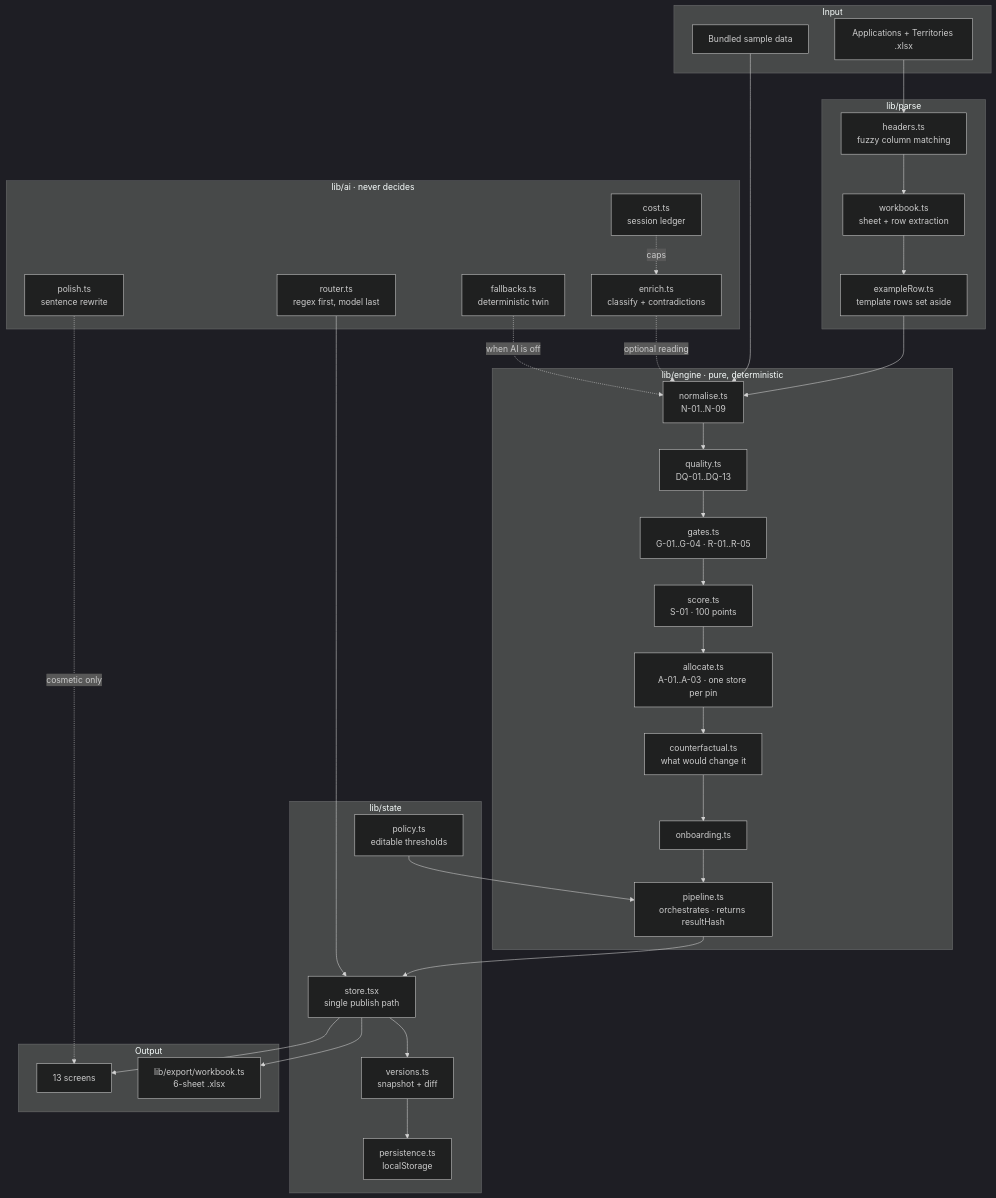
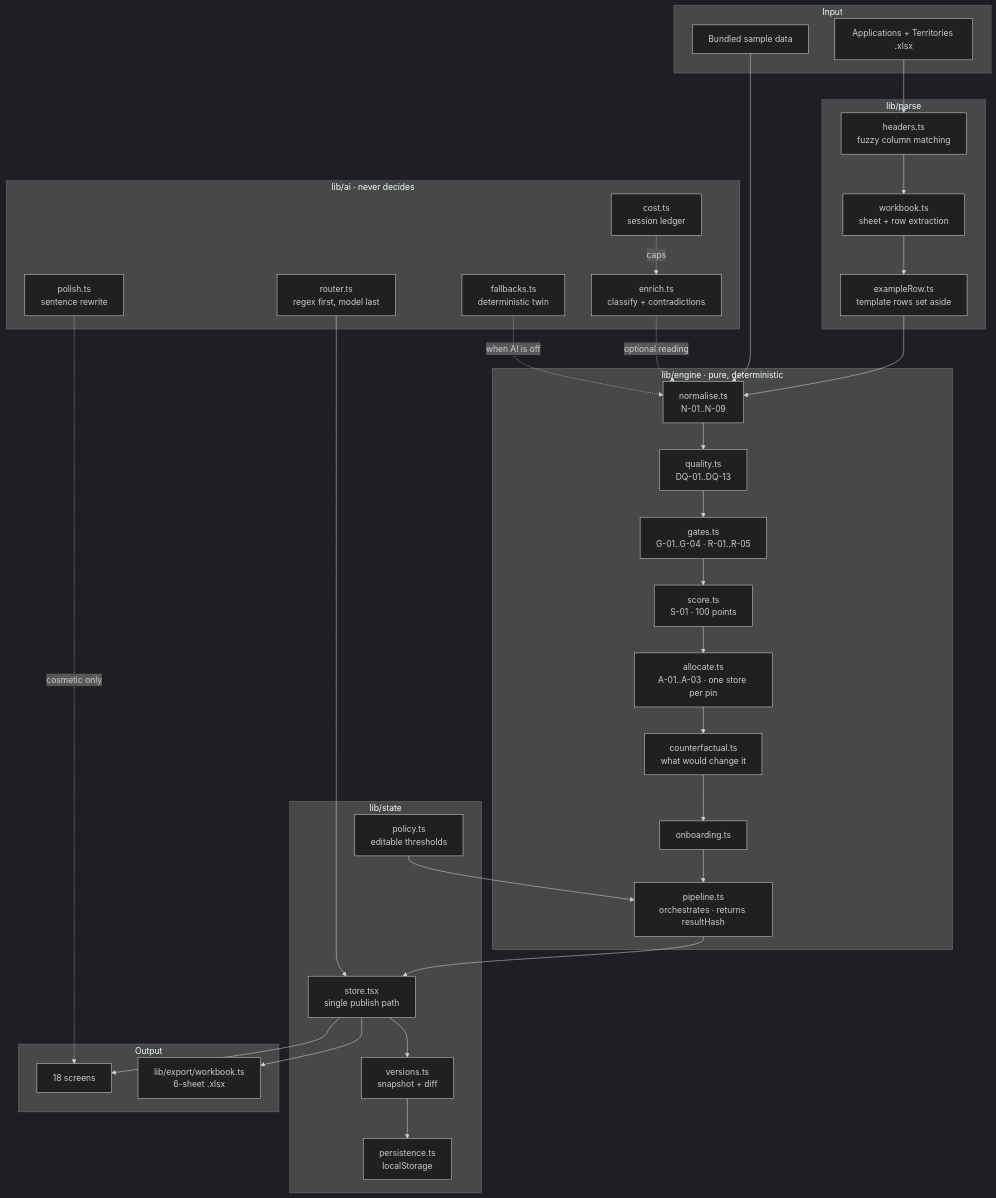
The diagram in README.md (aayushtopiwala3-byte/launchpad-franchise-engine), drawn with Mermaid (dark theme) before and after one commit. The commit also changed other lines of this file, not shown here.

````diff
--- a/README.md
+++ b/README.md
@@ -74,58 +84,58 @@
 ```mermaid
 flowchart TD
     subgraph Input
         XLSX[Applications + Territories .xlsx]
         SEED[Bundled sample data]
     end
 
     subgraph Parse [lib/parse]
         HEAD[headers.ts<br/>fuzzy column matching]
         WB[workbook.ts<br/>sheet + row extraction]
         EX[exampleRow.ts<br/>template rows set aside]
     end
 
     subgraph Engine [lib/engine · pure, deterministic]
         NORM[normalise.ts<br/>N-01..N-09]
         QUAL[quality.ts<br/>DQ-01..DQ-13]
         GATE[gates.ts<br/>G-01..G-04 · R-01..R-05]
         SCORE[score.ts<br/>S-01 · 100 points]
         ALLOC[allocate.ts<br/>A-01..A-03 · one store per pin]
         CF[counterfactual.ts<br/>what would change it]
         ONB[onboarding.ts]
         PIPE[pipeline.ts<br/>orchestrates · returns resultHash]
     end
 
     subgraph AI [lib/ai · never decides]
         ENR[enrich.ts<br/>classify + contradictions]
         ROUTE[router.ts<br/>regex first, model last]
         POLISH[polish.ts<br/>sentence rewrite]
         FALL[fallbacks.ts<br/>deterministic twin]
         COST[cost.ts<br/>session ledger]
     end
 
     subgraph State [lib/state]
         STORE[store.tsx<br/>single publish path]
         VER[versions.ts<br/>snapshot + diff]
         PERS[persistence.ts<br/>localStorage]
         POL[policy.ts<br/>editable thresholds]
     end
 
     subgraph Out [Output]
-        UI[13 screens]
+        UI[18 screens]
         XOUT[lib/export/workbook.ts<br/>6-sheet .xlsx]
     end
 
     XLSX --> HEAD --> WB --> EX --> NORM
     SEED --> NORM
     NORM --> QUAL --> GATE --> SCORE --> ALLOC --> CF --> ONB --> PIPE
     ENR -.optional reading.-> NORM
     FALL -.when AI is off.-> NORM
     PIPE --> STORE
     POL --> PIPE
     STORE --> VER --> PERS
     STORE --> UI
     STORE --> XOUT
     ROUTE --> STORE
     POLISH -.cosmetic only.-> UI
     COST -.caps.-> ENR
 ```
````
